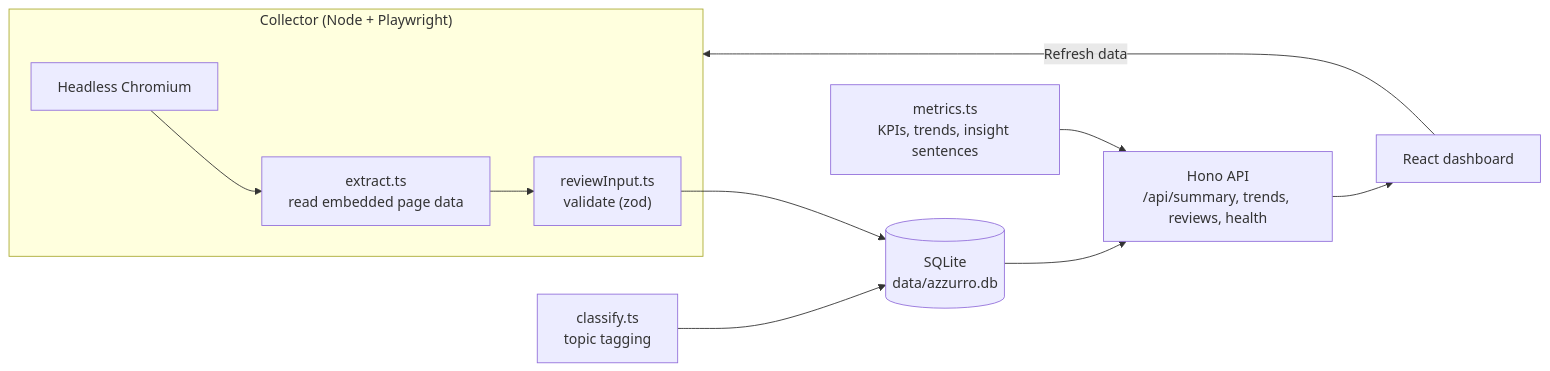
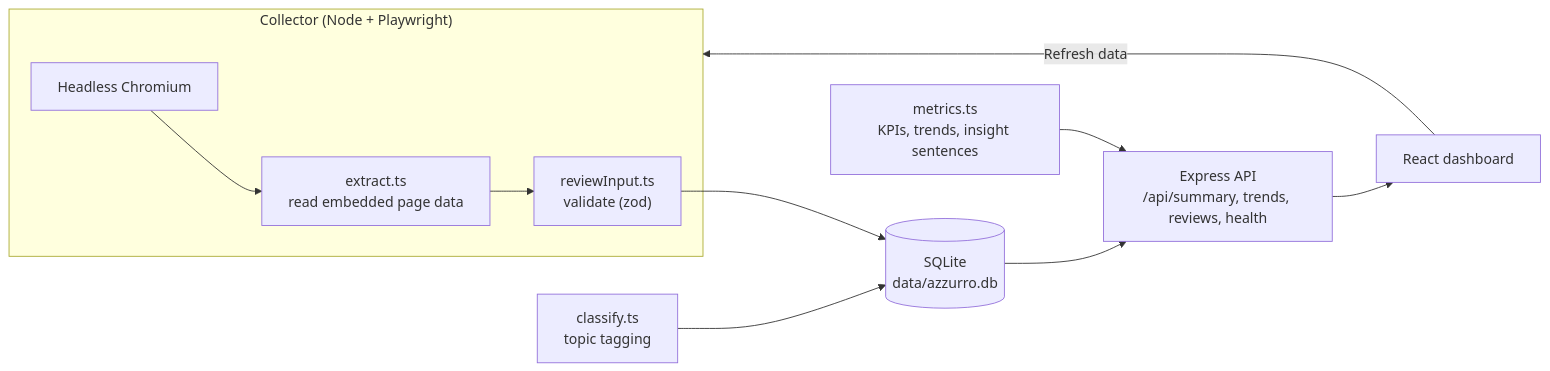
One commit to anshulgusain/azzuro changed the diagram in README.md. Above: the diagram before and after it, drawn with Mermaid. The commit also changed other lines of this file and 3 other files, not shown here.

First line of the commit message:
Switch API server from Hono to Express

````diff
--- a/README.md
+++ b/README.md
@@ -73,13 +73,13 @@
 ```mermaid
 flowchart LR
   subgraph Collector ["Collector (Node + Playwright)"]
     B[Headless Chromium] --> X["extract.ts<br/>read embedded page data"]
     X --> V["reviewInput.ts<br/>validate (zod)"]
   end
   V --> DB[("SQLite<br/>data/azzurro.db")]
   C["classify.ts<br/>topic tagging"] --> DB
-  DB --> API["Hono API<br/>/api/summary, trends, reviews, health"]
+  DB --> API["Express API<br/>/api/summary, trends, reviews, health"]
   M["metrics.ts<br/>KPIs, trends, insight sentences"] --> API
   API --> UI["React dashboard"]
   UI -- "Refresh data" --> Collector
 ```
````
